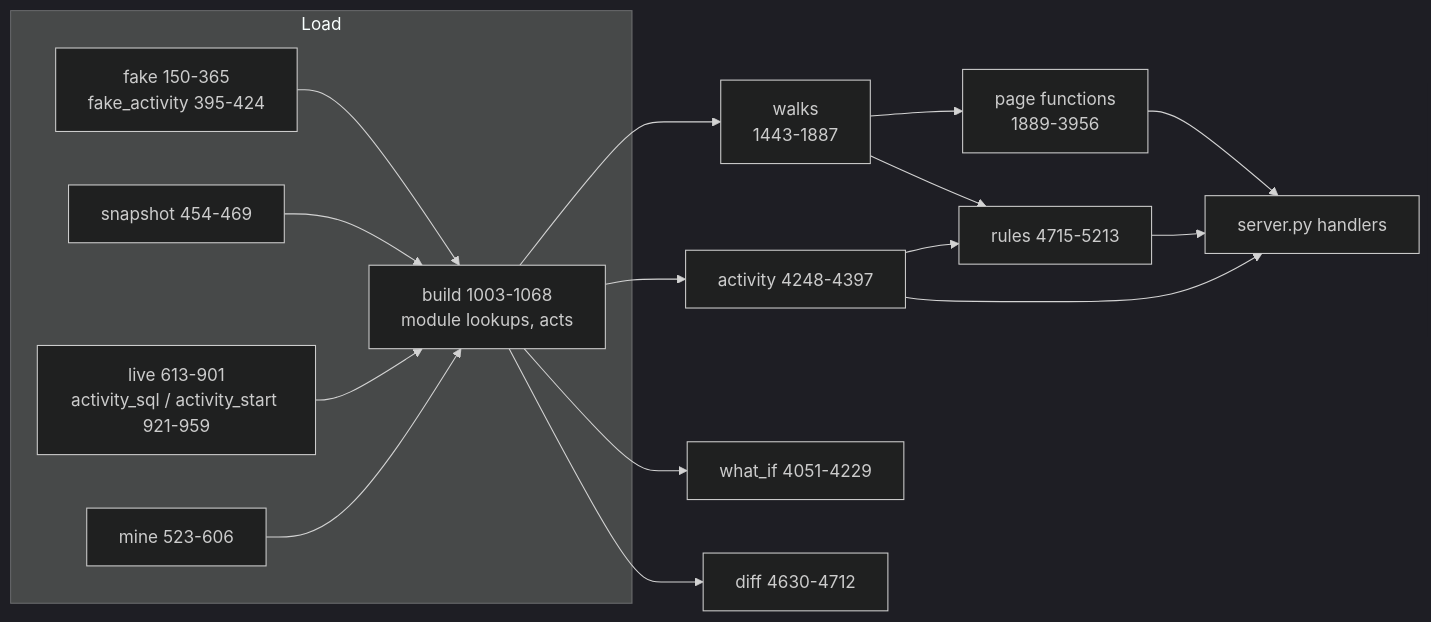
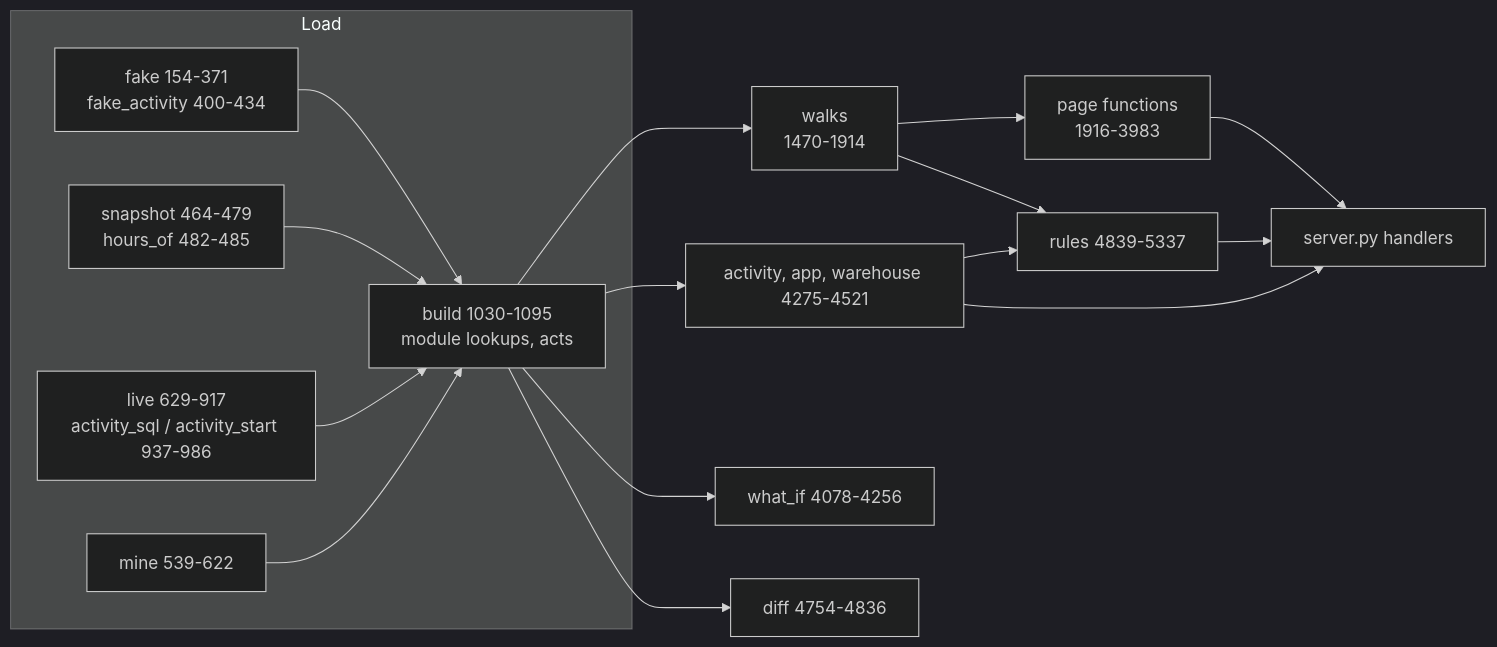
Before and after one commit to darshanmeel/snowflake-access-explorer: the first of 2 diagrams in snowflake-access-explorer-knowledge-graph/modules/access.md, drawn with Mermaid (dark theme). The commit also changed other lines of this file and 88 other files, not shown here.

First line of the commit message:
Knowledge graph and docs for the access log; per-day charts by user, role, client, statement, R/W/DDL, object kind

````diff
--- a/snowflake-access-explorer-knowledge-graph/modules/access.md
+++ b/snowflake-access-explorer-knowledge-graph/modules/access.md
@@ -6,19 +6,19 @@
 ```mermaid
 flowchart LR
   subgraph Load
-    F[fake 150-365<br/>fake_activity 395-424] --> B
-    SN[snapshot 454-469] --> B
-    LV[live 613-901<br/>activity_sql / activity_start 921-959] --> B
-    MI[mine 523-606] --> B
+    F[fake 154-371<br/>fake_activity 400-434] --> B
+    SN[snapshot 464-479<br/>hours_of 482-485] --> B
+    LV[live 629-917<br/>activity_sql / activity_start 937-986] --> B
+    MI[mine 539-622] --> B
   end
-  B[build 1003-1068<br/>module lookups, acts] --> W[walks<br/>1443-1887]
-  W --> P[page functions<br/>1889-3956]
-  W --> R[rules 4715-5213]
-  B --> AC[activity 4248-4397]
+  B[build 1030-1095<br/>module lookups, acts] --> W[walks<br/>1470-1914]
+  W --> P[page functions<br/>1916-3983]
+  W --> R[rules 4839-5337]
+  B --> AC[activity, app, warehouse 4275-4521]
   AC --> R
-  B --> WI[what_if 4051-4229]
-  B --> DF[diff 4630-4712]
+  B --> WI[what_if 4078-4256]
+  B --> DF[diff 4754-4836]
   P --> S[server.py handlers]
   AC --> S
   R --> S
 ```
````
